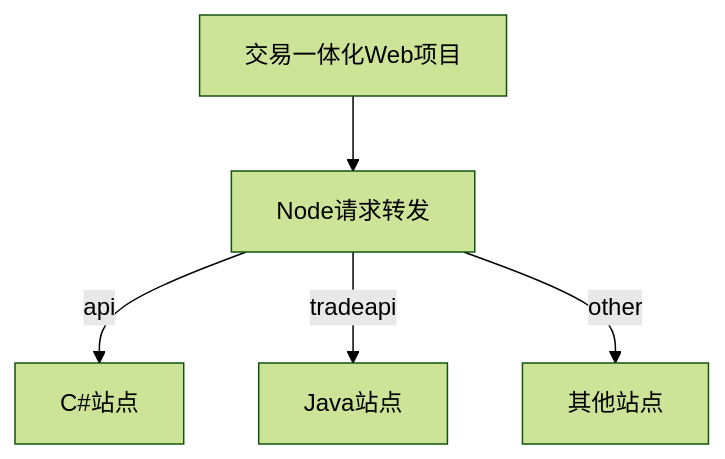
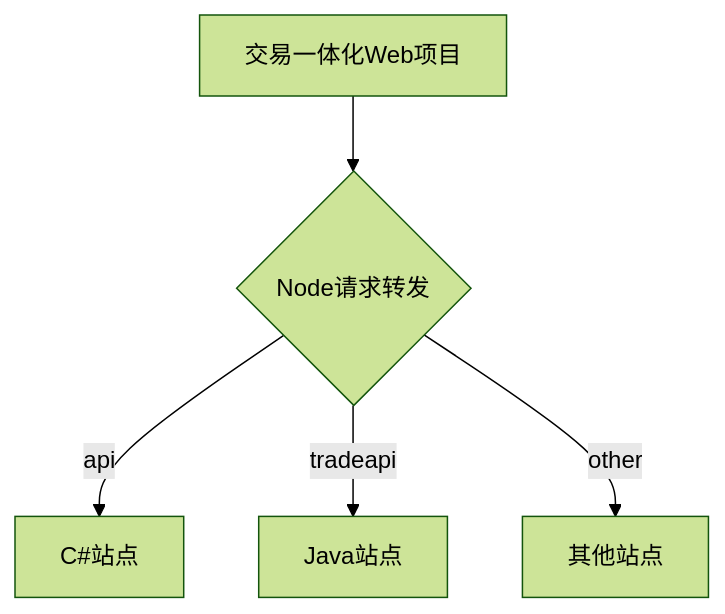
The diagram in Mark/trade_readme.md (Arthaskj/MDnote), drawn with Mermaid (forest theme) before and after one commit. The commit also changed other lines of this file and 6 other files, not shown here.

````diff
--- a/Mark/trade_readme.md
+++ b/Mark/trade_readme.md
@@ -17,7 +17,7 @@
 ```mermaid
 graph TB
-A[交易一体化Web项目] -->B[Node请求转发]
+A[交易一体化Web项目] -->B{Node请求转发}
     B -->|api| D[C#站点]
     B -->|tradeapi| E[Java站点]
     B -->|other| F[其他站点]
 ```
````
